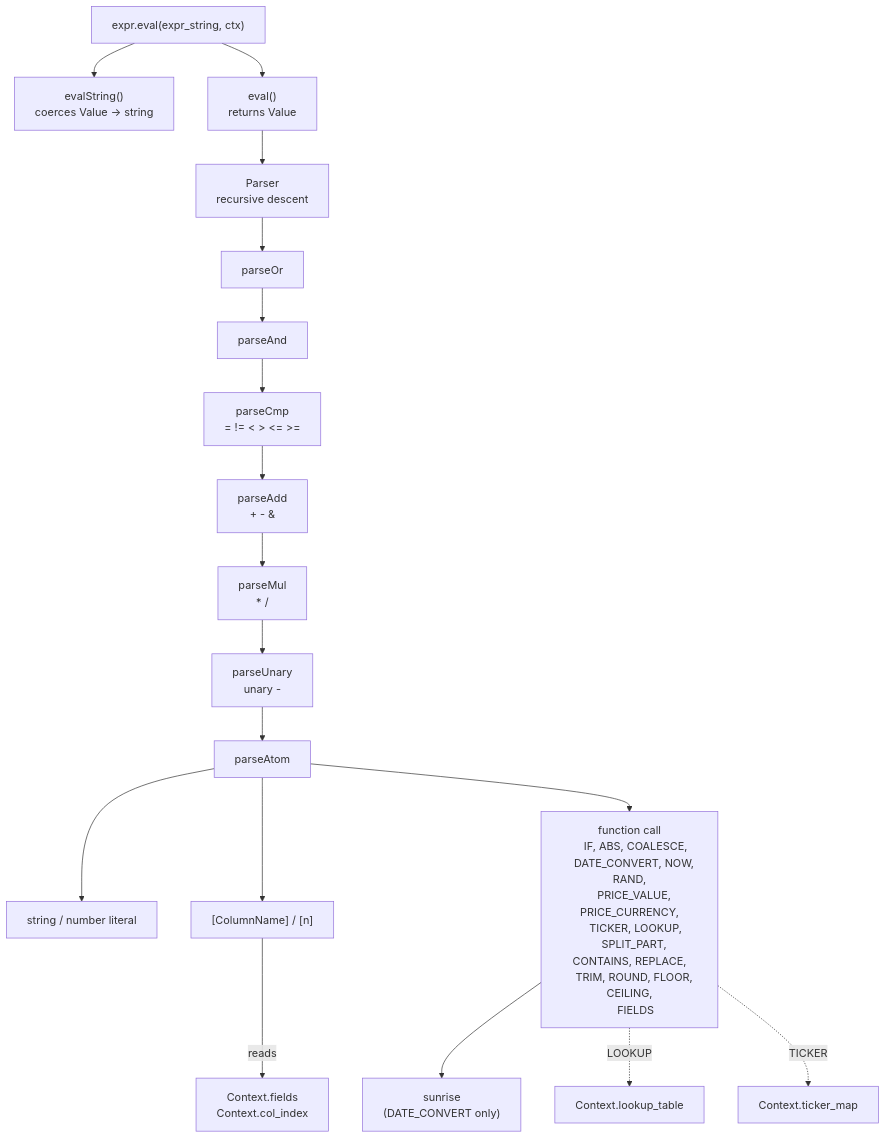
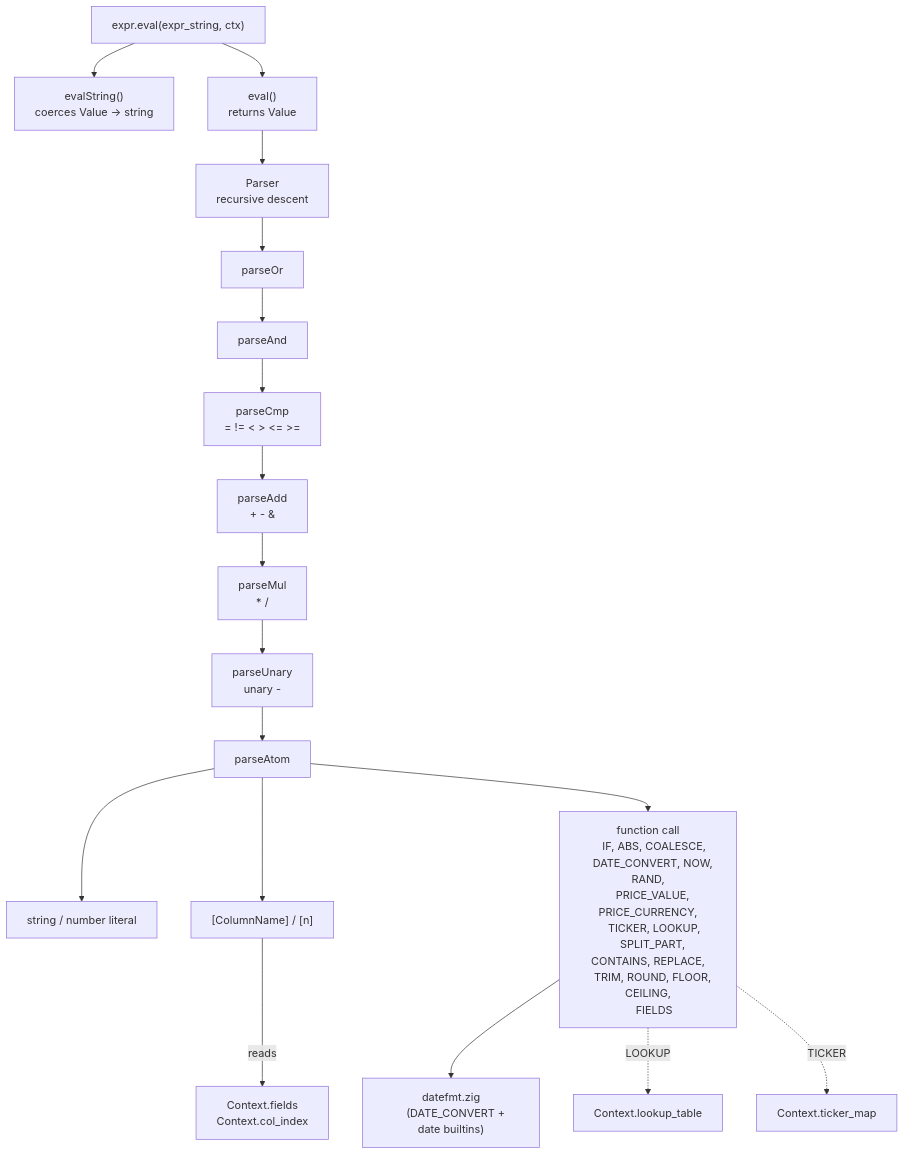
Before and after one commit to zaxified/bxp: the fifth of 15 diagrams in docs/architecture.md, drawn with Mermaid. The commit also changed other lines of this file and 32 other files, not shown here.

````diff
--- a/docs/architecture.md
+++ b/docs/architecture.md
@@ -392,38 +389,38 @@
 ```mermaid
 graph TD
     CALL["expr.eval(expr_string, ctx)"]
     CALL --> ES["evalString()
     coerces Value → string"]
     CALL --> EV["eval()
     returns Value"]
     EV --> PARSE["Parser
     recursive descent"]
     PARSE --> OR["parseOr"]
     OR --> AND["parseAnd"]
     AND --> CMP["parseCmp
     = != < > <= >="]
     CMP --> ADD["parseAdd
     + - &"]
     ADD --> MUL["parseMul
     * /"]
     MUL --> UNARY["parseUnary
     unary -"]
     UNARY --> ATOM["parseAtom"]
     ATOM --> LIT["string / number literal"]
     ATOM --> FIELD["[ColumnName] / [n]"]
     ATOM --> FUNC["function call
     IF, ABS, COALESCE,
     DATE_CONVERT, NOW, RAND,
     PRICE_VALUE, PRICE_CURRENCY,
     TICKER, LOOKUP,
     SPLIT_PART, CONTAINS, REPLACE,
     TRIM, ROUND, FLOOR, CEILING,
     FIELDS"]
-    FUNC --> SUNRISE_CALL["sunrise
-    (DATE_CONVERT only)"]
+    FUNC --> DATEFMT_CALL["datefmt.zig
+    (DATE_CONVERT + date builtins)"]
 
     FIELD -->|reads| CTX_FIELDS["Context.fields
     Context.col_index"]
     FUNC -.LOOKUP.-> CTX_LT["Context.lookup_table"]
     FUNC -.TICKER.-> CTX_TM["Context.ticker_map"]
 ```
````
